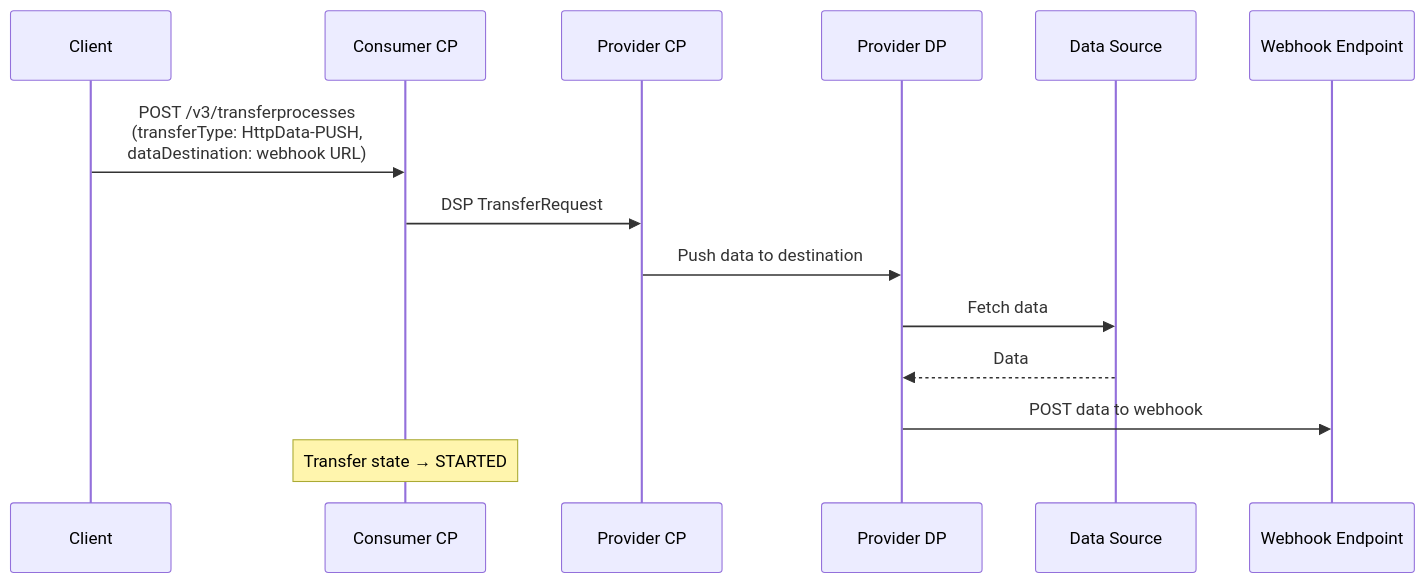
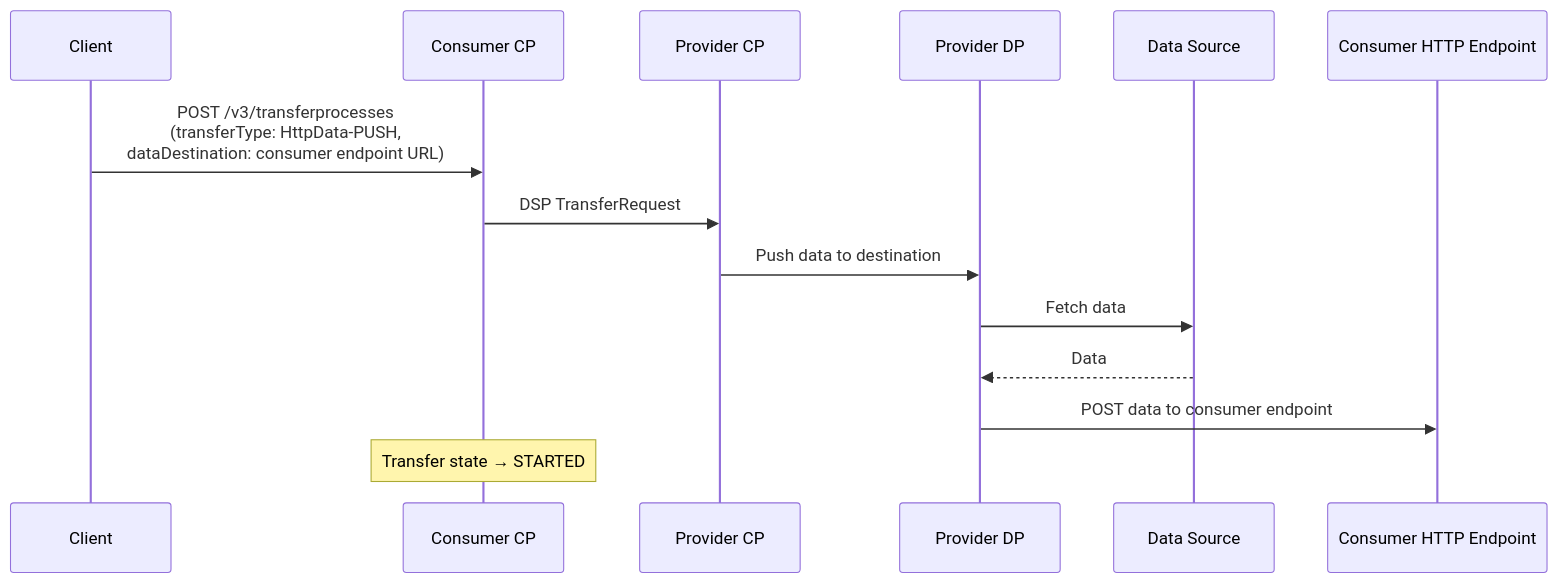
One commit to Federity-X/public-tractusx-edc changed the fourth of 4 diagrams in deployment/local/README.md. Above: the diagram before and after it, drawn with Mermaid. The commit also changed other lines of this file, not shown here.

First line of the commit message:
docs(deployment): add data transfer governance rationale and clarify PUSH terminology

````diff
--- a/deployment/local/README.md
+++ b/deployment/local/README.md
@@ -223,17 +270,17 @@
 ```mermaid
 sequenceDiagram
     participant Client as Client
     participant ConsumerCP as Consumer CP
     participant ProviderCP as Provider CP
     participant ProviderDP as Provider DP
     participant DataSource as Data Source
-    participant Webhook as Webhook Endpoint
+    participant ConsumerEndpoint as Consumer HTTP Endpoint
 
-    Client->>ConsumerCP: POST /v3/transferprocesses<br/>(transferType: HttpData-PUSH,<br/>dataDestination: webhook URL)
+    Client->>ConsumerCP: POST /v3/transferprocesses<br/>(transferType: HttpData-PUSH,<br/>dataDestination: consumer endpoint URL)
     ConsumerCP->>ProviderCP: DSP TransferRequest
     ProviderCP->>ProviderDP: Push data to destination
     ProviderDP->>DataSource: Fetch data
     DataSource-->>ProviderDP: Data
-    ProviderDP->>Webhook: POST data to webhook
+    ProviderDP->>ConsumerEndpoint: POST data to consumer endpoint
     Note over ConsumerCP: Transfer state → STARTED
 ```
````
